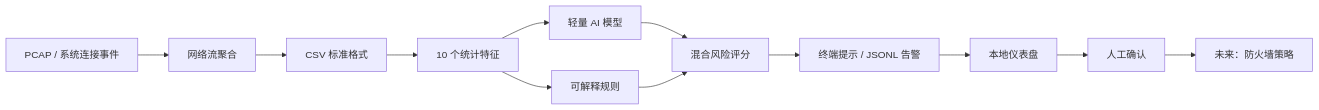
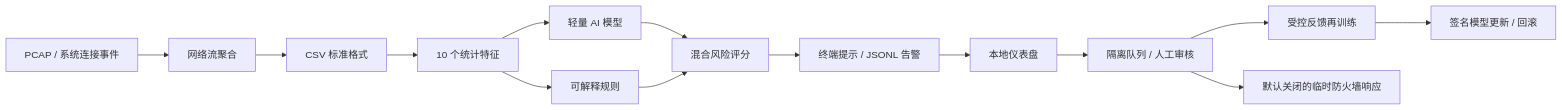
Before and after one commit to heartofiron-dev/ai-firewall: the diagram in README.md, drawn with Mermaid. The commit also changed other lines of this file and 3 other files, not shown here.

````diff
--- a/README.md
+++ b/README.md
@@ -33,14 +37,16 @@
 ```mermaid
 flowchart LR
     A[PCAP / 系统连接事件] --> B[网络流聚合]
     B --> C[CSV 标准格式]
     C --> D[10 个统计特征]
     D --> E[轻量 AI 模型]
     D --> F[可解释规则]
     E --> G[混合风险评分]
     F --> G
     G --> H[终端提示 / JSONL 告警]
     H --> K[本地仪表盘]
-    K --> I[人工确认]
-    I --> J[未来：防火墙策略]
+    K --> I[隔离队列 / 人工审核]
+    I --> L[受控反馈再训练]
+    I --> J[默认关闭的临时防火墙响应]
+    L --> M[签名模型更新 / 回滚]
 ```
````
